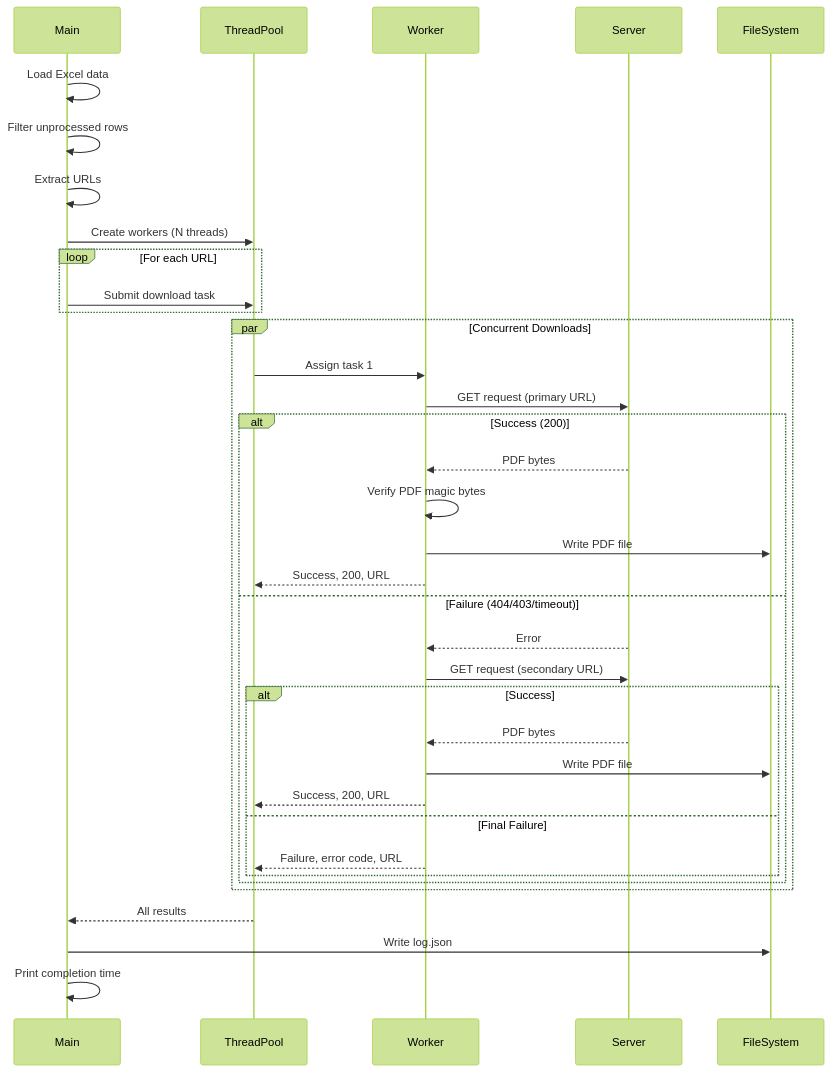
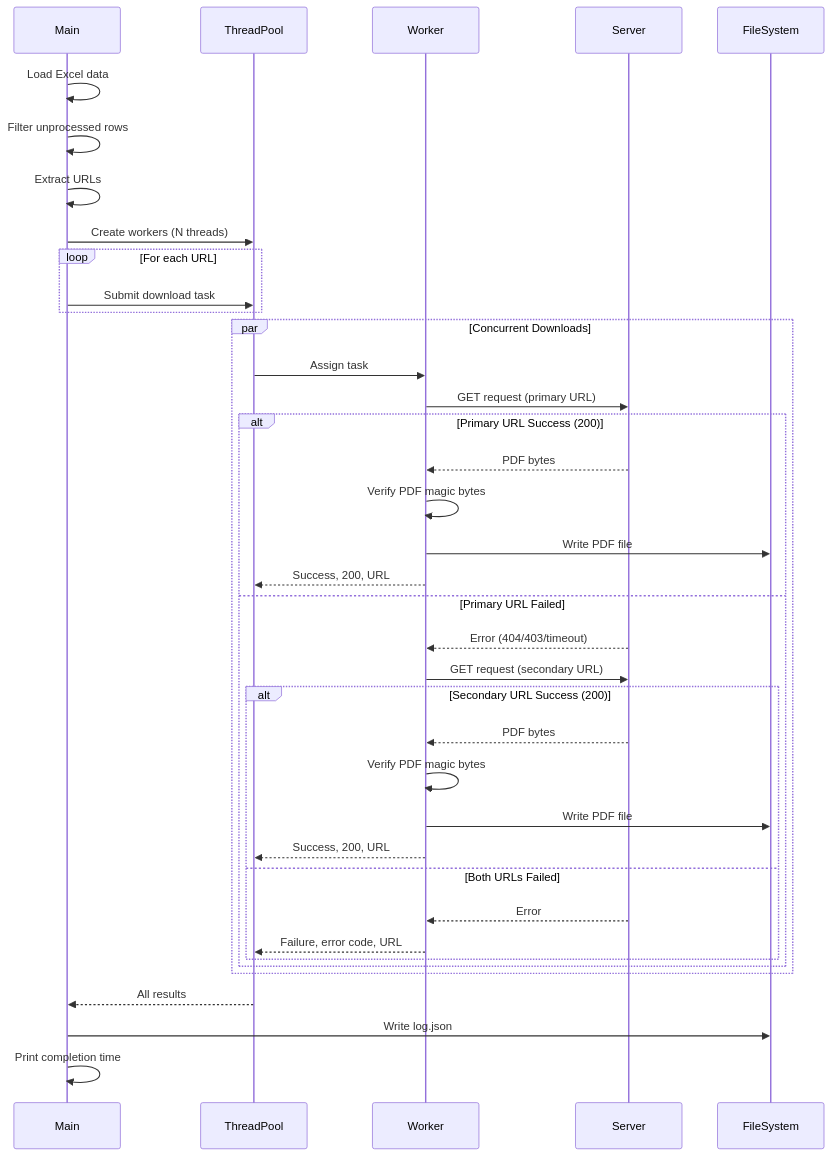
Before and after one commit to SirBobbert/pdf-downloader-multithreading: the diagram in docs/sequence_diagram.mermaid, drawn with Mermaid.

Commit message:
change diagram

```diff
--- a/docs/sequence_diagram.mermaid
+++ b/docs/sequence_diagram.mermaid
@@ -1,45 +1,43 @@
----
-config:
-  theme: 'forest'
----
 sequenceDiagram
     participant Main
     participant ThreadPool
     participant Worker
     participant Server
     participant FileSystem
 
     Main->>Main: Load Excel data
     Main->>Main: Filter unprocessed rows
     Main->>Main: Extract URLs
     
     Main->>ThreadPool: Create workers (N threads)
     
     loop For each URL
         Main->>ThreadPool: Submit download task
     end
     
     par Concurrent Downloads
-        ThreadPool->>Worker: Assign task 1
+        ThreadPool->>Worker: Assign task
         Worker->>Server: GET request (primary URL)
-        alt Success (200)
+        alt Primary URL Success (200)
             Server-->>Worker: PDF bytes
             Worker->>Worker: Verify PDF magic bytes
             Worker->>FileSystem: Write PDF file
             Worker-->>ThreadPool: Success, 200, URL
-        else Failure (404/403/timeout)
-            Server-->>Worker: Error
+        else Primary URL Failed
+            Server-->>Worker: Error (404/403/timeout)
             Worker->>Server: GET request (secondary URL)
-            alt Success
+            alt Secondary URL Success (200)
                 Server-->>Worker: PDF bytes
+                Worker->>Worker: Verify PDF magic bytes
                 Worker->>FileSystem: Write PDF file
                 Worker-->>ThreadPool: Success, 200, URL
-            else Final Failure
+            else Both URLs Failed
+                Server-->>Worker: Error
                 Worker-->>ThreadPool: Failure, error code, URL
             end
         end
     end
     
     ThreadPool-->>Main: All results
     Main->>FileSystem: Write log.json
     Main->>Main: Print completion time
```
